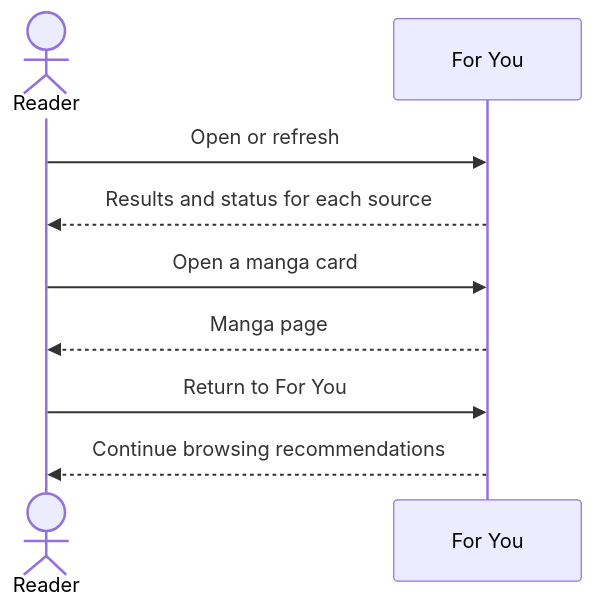
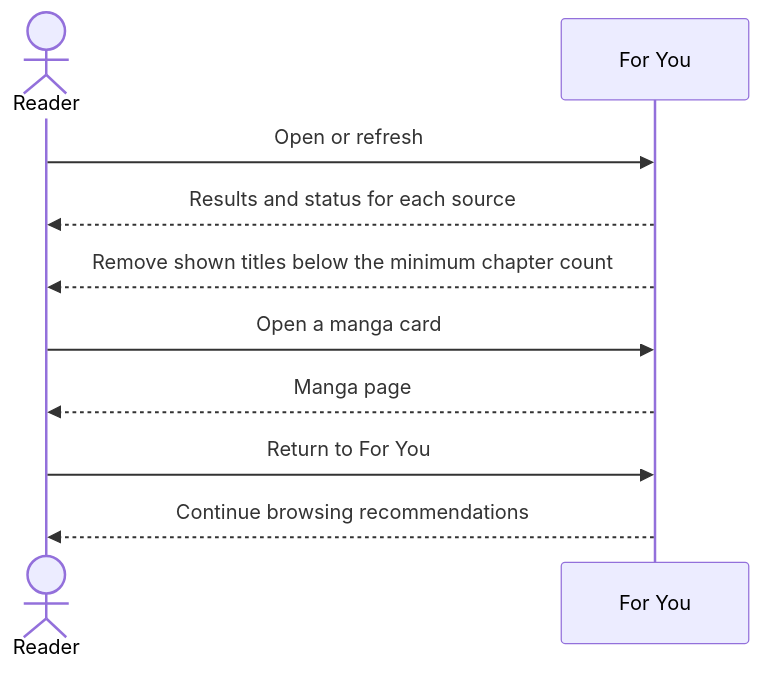
The third of 6 diagrams in docs/kmk/feature-guides/recommendations.md (FancyCorey/komikku-fc), drawn with Mermaid before and after one commit. The commit also changed other lines of this file and 22 other files, not shown here.

````diff
--- a/docs/kmk/feature-guides/recommendations.md
+++ b/docs/kmk/feature-guides/recommendations.md
@@ -48,11 +149,12 @@
 ```mermaid
 sequenceDiagram
     actor Reader
     participant Screen as For You
     Reader->>Screen: Open or refresh
     Screen-->>Reader: Results and status for each source
+    Screen-->>Reader: Remove shown titles below the minimum chapter count
     Reader->>Screen: Open a manga card
     Screen-->>Reader: Manga page
     Reader->>Screen: Return to For You
     Screen-->>Reader: Continue browsing recommendations
 ```
````
